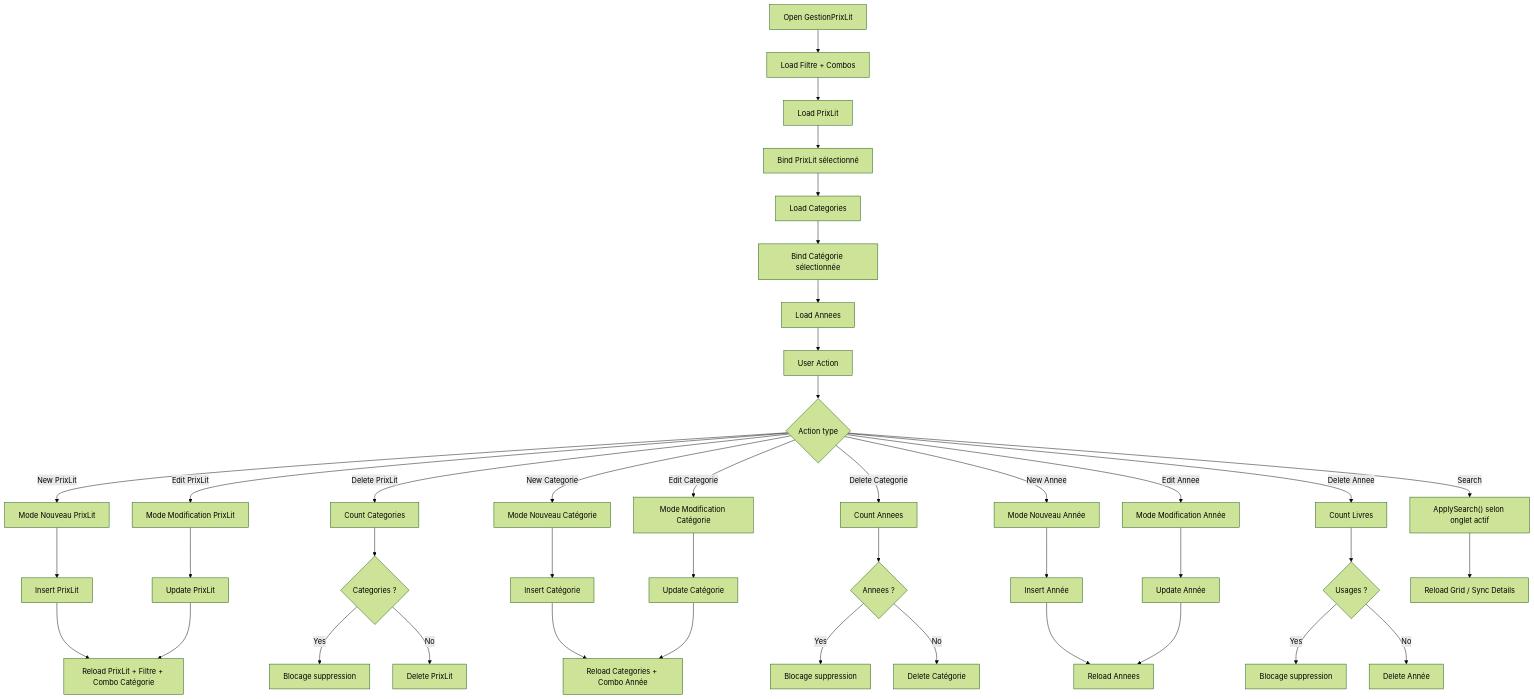
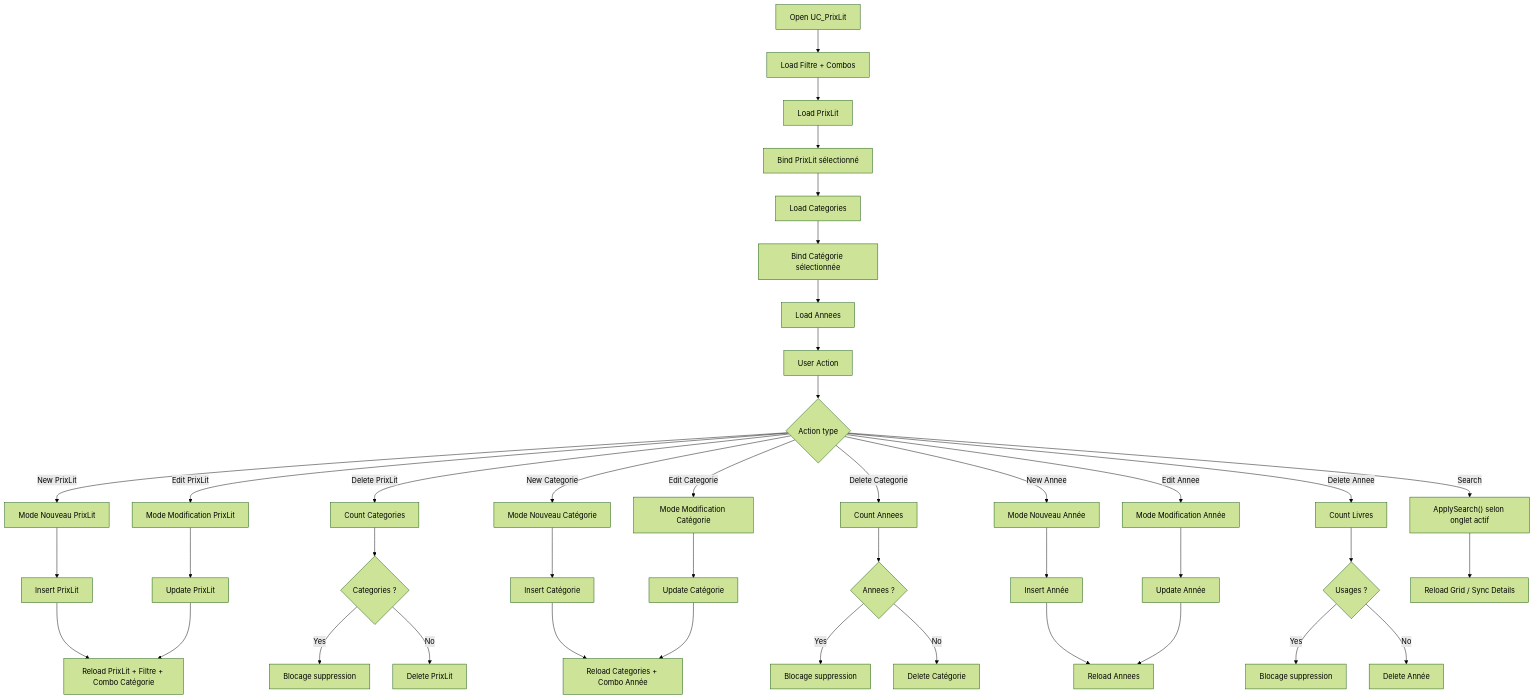
One commit to Les-Artefacts-de-Manou/Artefact changed the fifth of 5 diagrams in Docs/Process_Artefact.md. Above: the diagram before and after it, drawn with Mermaid (forest theme). The commit also changed other lines of this file and 81 other files, not shown here.

````diff
--- a/Docs/Process_Artefact.md
+++ b/Docs/Process_Artefact.md
@@ -895,54 +895,54 @@
 ```mermaid
 flowchart TD
-A["Open GestionPrixLit"] --> B["Load Filtre + Combos"]
+A["Open UC_PrixLit"] --> B["Load Filtre + Combos"]
 B --> C["Load PrixLit"]
 C --> D["Bind PrixLit sélectionné"]
 D --> E["Load Categories"]
 E --> F["Bind Catégorie sélectionnée"]
 F --> G["Load Annees"]
 
 G --> H["User Action"]
 H --> I{"Action type"}
 
 I -- New PrixLit --> J["Mode Nouveau PrixLit"]
 J --> K["Insert PrixLit"]
 K --> L["Reload PrixLit + Filtre + Combo Catégorie"]
 
 I -- Edit PrixLit --> M["Mode Modification PrixLit"]
 M --> N["Update PrixLit"]
 N --> L
 
 I -- Delete PrixLit --> O["Count Categories"]
 O --> P{"Categories ?"}
 P -- Yes --> Q["Blocage suppression"]
 P -- No --> R["Delete PrixLit"]
 
 I -- New Categorie --> S["Mode Nouveau Catégorie"]
 S --> T["Insert Catégorie"]
 T --> U["Reload Categories + Combo Année"]
 
 I -- Edit Categorie --> V["Mode Modification Catégorie"]
 V --> W["Update Catégorie"]
 W --> U
 
 I -- Delete Categorie --> X["Count Annees"]
 X --> Y{"Annees ?"}
 Y -- Yes --> Z["Blocage suppression"]
 Y -- No --> AA["Delete Catégorie"]
 
 I -- New Annee --> AB["Mode Nouveau Année"]
 AB --> AC["Insert Année"]
 AC --> AD["Reload Annees"]
 
 I -- Edit Annee --> AE["Mode Modification Année"]
 AE --> AF["Update Année"]
 AF --> AD
 
 I -- Delete Annee --> AG["Count Livres"]
 AG --> AH{"Usages ?"}
 AH -- Yes --> AI["Blocage suppression"]
 AH -- No --> AJ["Delete Année"]
 
 I -- Search --> AK["ApplySearch() selon onglet actif"]
 AK --> AL["Reload Grid / Sync Details"]
 ```
````
